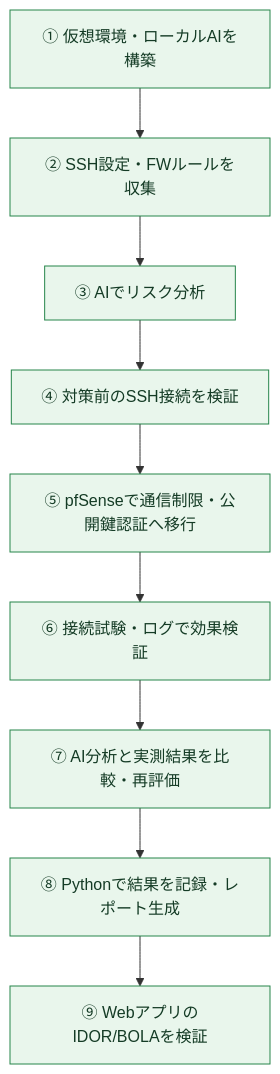
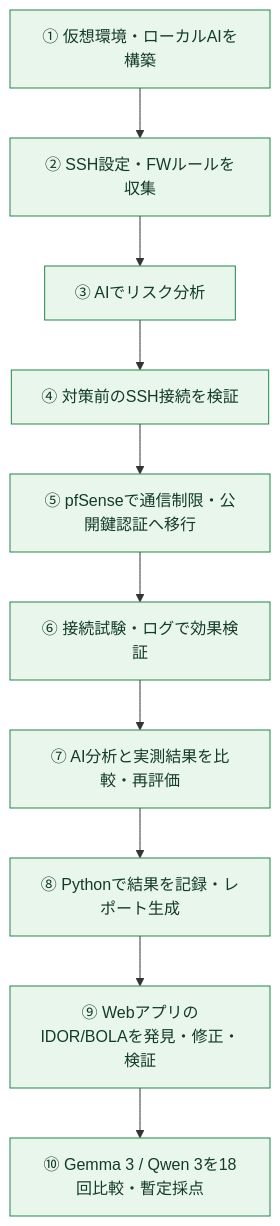
The diagram in README.md (kcs-j02/Frontier-AI-Security-Risk-Lab), drawn with Mermaid before and after one commit. The commit also changed other lines of this file, not shown here.

````diff
--- a/README.md
+++ b/README.md
@@ -53,15 +54,14 @@
 ```mermaid
 flowchart TD
     A["① 仮想環境・ローカルAIを構築"] --> B["② SSH設定・FWルールを収集"]
     B --> C["③ AIでリスク分析"]
     C --> D["④ 対策前のSSH接続を検証"]
     D --> E["⑤ pfSenseで通信制限・公開鍵認証へ移行"]
     E --> F["⑥ 接続試験・ログで効果検証"]
     F --> G["⑦ AI分析と実測結果を比較・再評価"]
     G --> H["⑧ Pythonで結果を記録・レポート生成"]
-    H --> I["⑨ WebアプリのIDOR/BOLAを検証"]
+    H --> I["⑨ WebアプリのIDOR/BOLAを発見・修正・検証"]
+    I --> J["⑩ Gemma 3 / Qwen 3を18回比較・暫定採点"]
     classDef done fill:#e9f6ec,stroke:#26854b,color:#143b25;
-    classDef future fill:#f3f4f6,stroke:#7a8593,color:#3c4856;
-    class A,B,C,D,E,F,G,H done;
-    class I done;
+    class A,B,C,D,E,F,G,H,I,J done;
 ```
````
